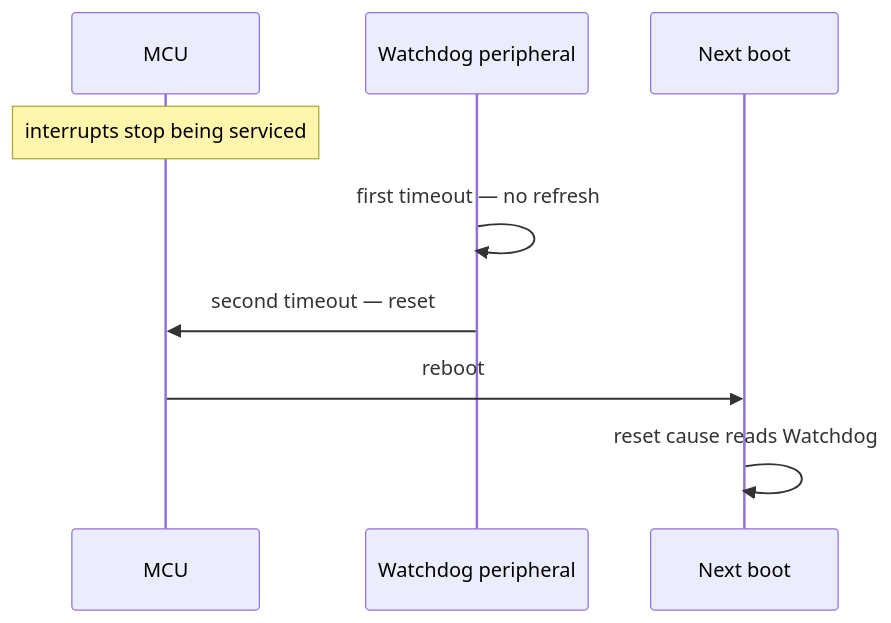
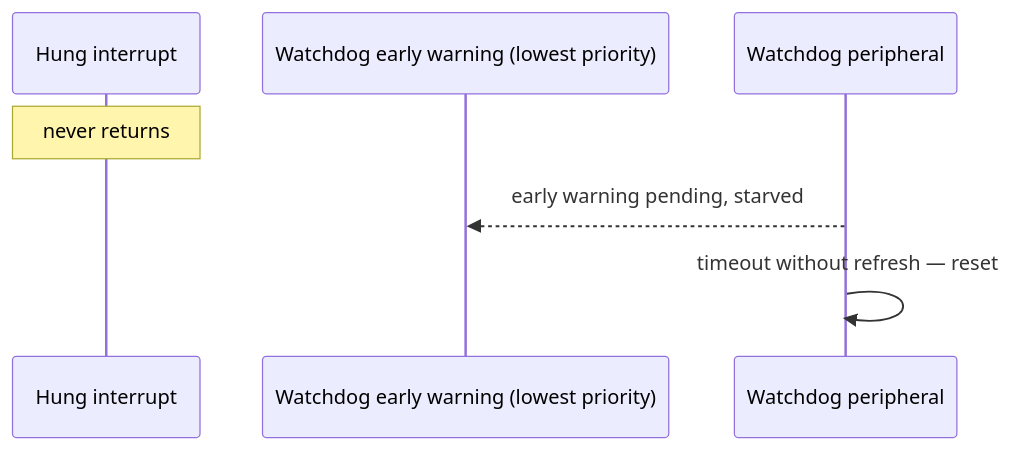
The third of 4 diagrams in documentation/design/watchdog.md (embedded-pro/e-foc), drawn with Mermaid before and after one commit. The commit also changed other lines of this file and 65 other files, not shown here.

First line of the commit message:
feat(platform)!: supervise the event dispatcher with the MCU watchdog (#326)

````diff
--- a/documentation/design/watchdog.md
+++ b/documentation/design/watchdog.md
@@ -307,12 +217,10 @@
 ```mermaid
 sequenceDiagram
-    participant CPU as MCU
+    participant ISR as Hung interrupt
+    participant WD as Watchdog early warning (lowest priority)
     participant HW as Watchdog peripheral
-    participant Boot as Next boot
 
-    Note over CPU: interrupts stop being serviced
-    HW->>HW: first timeout — no refresh
-    HW->>CPU: second timeout — reset
-    CPU->>Boot: reboot
-    Boot->>Boot: reset cause reads Watchdog
+    Note over ISR: never returns
+    HW-->>WD: early warning pending, starved
+    HW->>HW: timeout without refresh — reset
 ```
````
